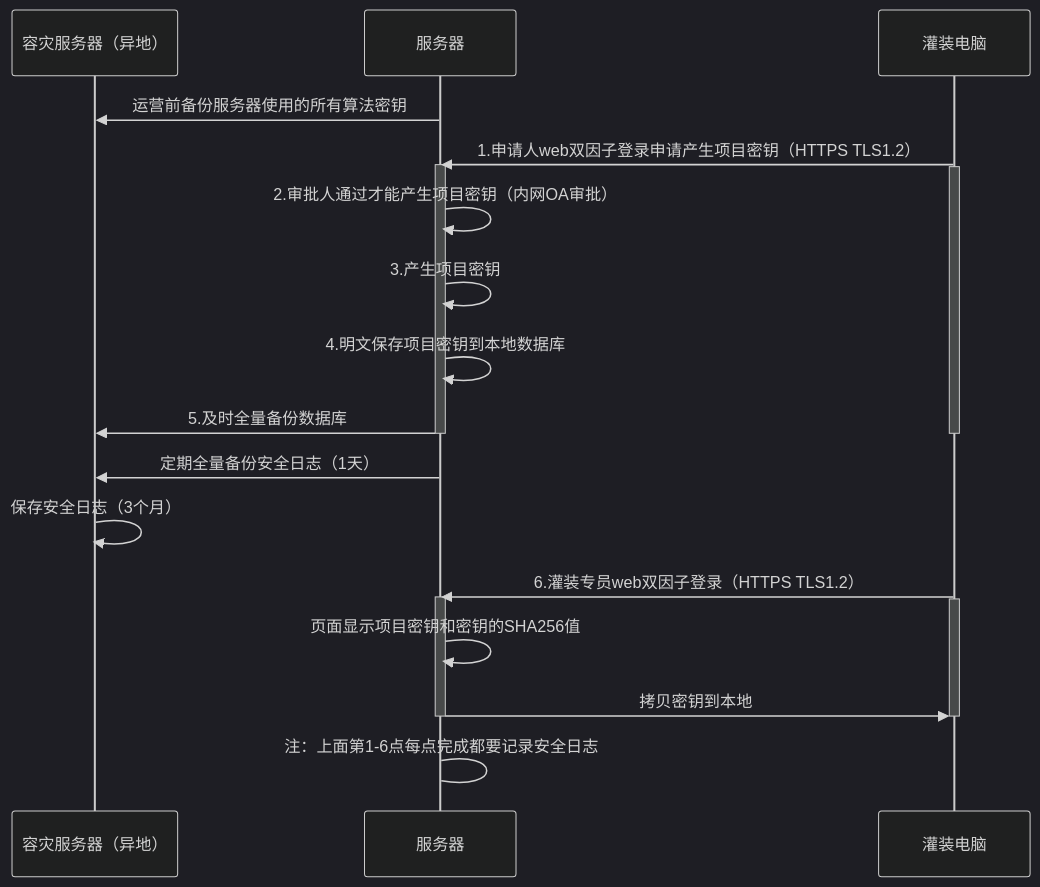
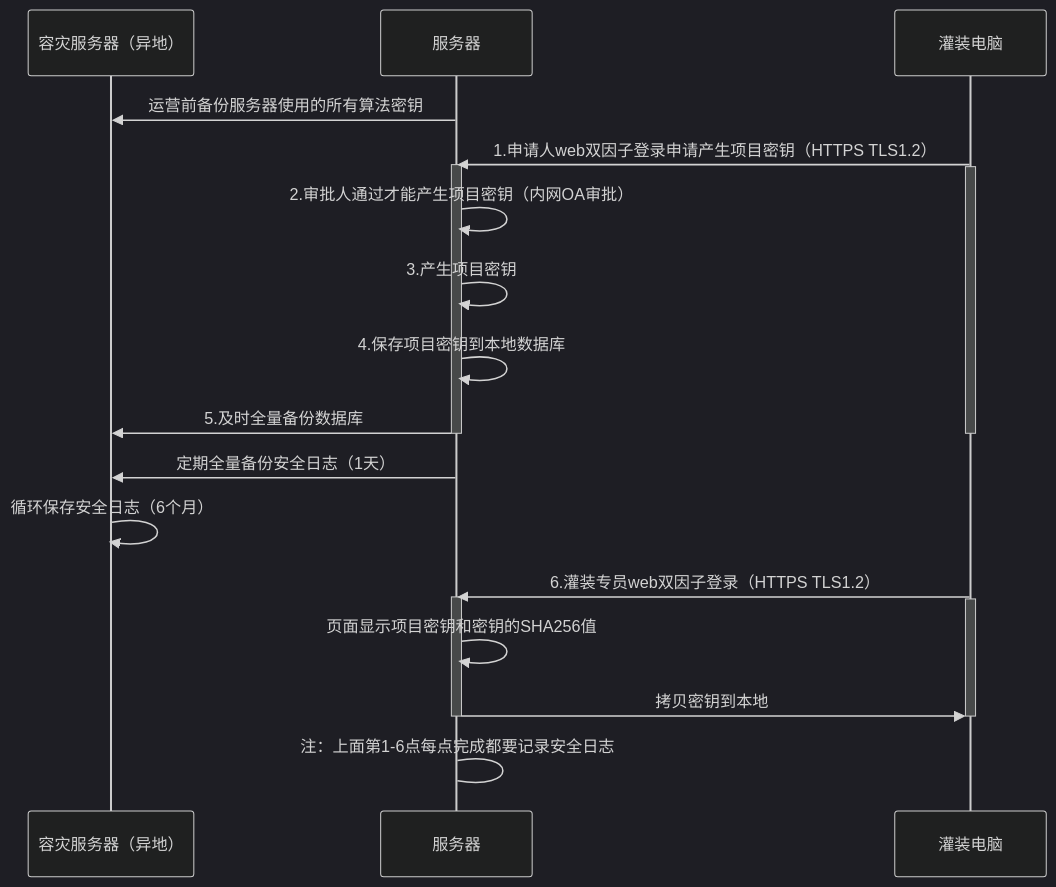
The diagram in all/未命名-23.md (facebook-cloud/iodraw-files), drawn with Mermaid (dark theme) before and after one commit.

Commit message:
2026-04-15 16:35:34 update

````diff
--- a/all/未命名-23.md
+++ b/all/未命名-23.md
@@ -1,33 +1,33 @@
 ```mermaid
 sequenceDiagram
     participant A as 容灾服务器（异地）
     participant B as 服务器
     participant D as 灌装电脑
 
     B->>A: 运营前备份服务器使用的所有算法密钥
     D->>B: 1.申请人web双因子登录申请产生项目密钥（HTTPS TLS1.2）
     activate B
     activate D
     B->>B: 2.审批人通过才能产生项目密钥（内网OA审批）
     B->>B: 3.产生项目密钥
-    B->>B: 4.明文保存项目密钥到本地数据库
+    B->>B: 4.保存项目密钥到本地数据库
     B->>A: 5.及时全量备份数据库
 
     deactivate B
     deactivate D
 
     B->>A: 定期全量备份安全日志（1天）
-    A->>A: 保存安全日志（3个月）
+    A->>A: 循环保存安全日志（6个月）
     
     D->>B: 6.灌装专员web双因子登录（HTTPS TLS1.2）
     activate B
     activate D
     B->>B: 页面显示项目密钥和密钥的SHA256值
     B->>D: 拷贝密钥到本地
     deactivate B
     deactivate D
     B->B: 注：上面第1-6点每点完成都要记录安全日志
 
     
 
 ```
````
